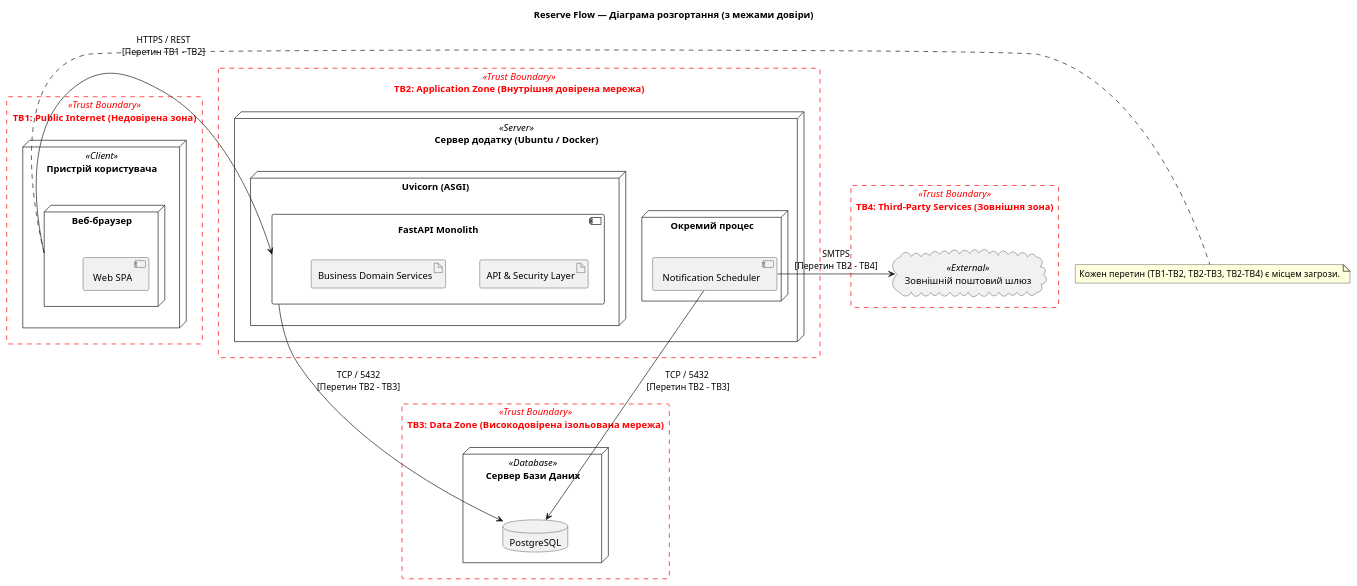
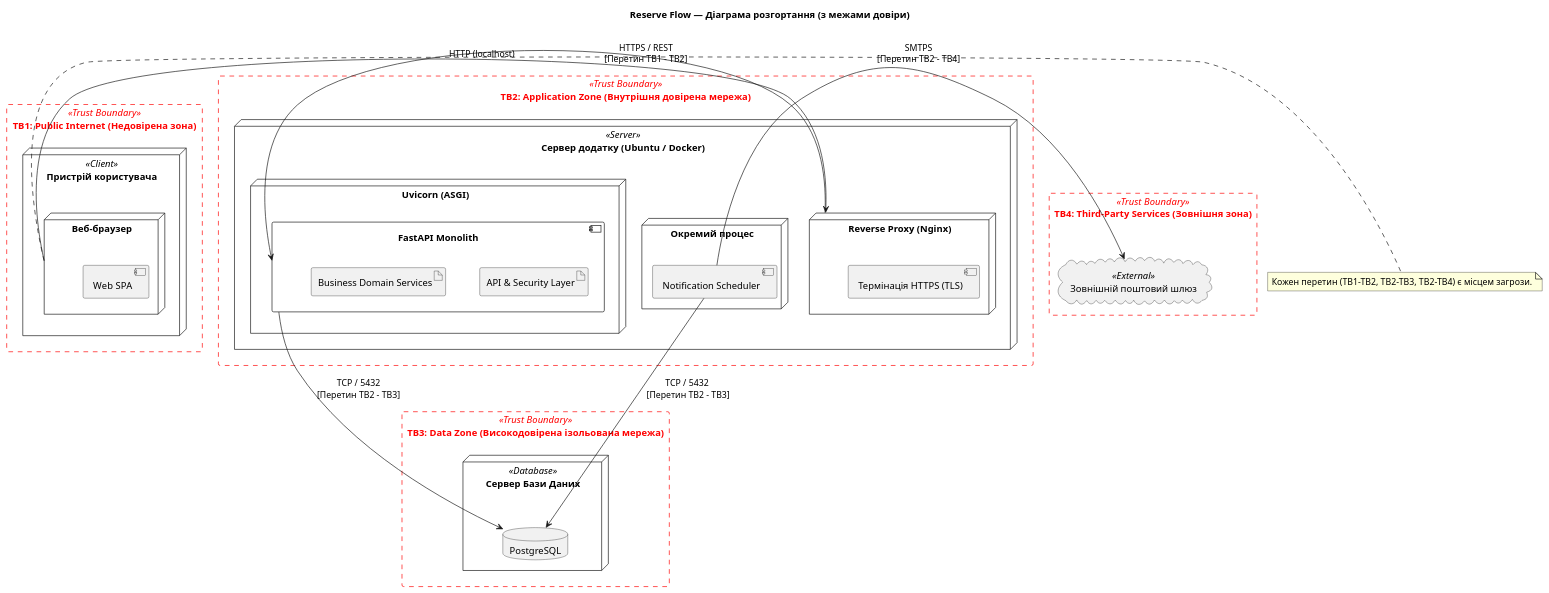
The diagram in docs/architecture/uml/deployment.puml (ukma-fin-ssdm-2026/reserve-flow), drawn with PlantUML before and after one commit. The commit also changed 2 other files, not shown here.

```diff
--- a/docs/architecture/uml/deployment.puml
+++ b/docs/architecture/uml/deployment.puml
@@ -1,60 +1,65 @@
 @startuml
 skinparam componentStyle uml2
 skinparam nodesep 50
 skinparam ranksep 50
 
 ' Налаштування стилю для меж довіри (Trust Boundaries)
 skinparam rectangle<<Trust Boundary>> {
     BorderColor Red
     BorderStyle dashed
     FontColor Red
     BackgroundColor transparent
     Shadowing false
 }
 
 title Reserve Flow — Діаграма розгортання (з межами довіри)
 
 rectangle "TB1: Public Internet (Недовірена зона)" <<Trust Boundary>> {
     node "Пристрій користувача" as ClientNode <<Client>> {
         node "Веб-браузер" as Browser {
             component "Web SPA" as SPA
         }
     }
 }
 
 rectangle "TB2: Application Zone (Внутрішня довірена мережа)" <<Trust Boundary>> {
     node "Сервер додатку (Ubuntu / Docker)" as AppServer <<Server>> {
+        node "Reverse Proxy (Nginx)" as Proxy {
+            component "Термінація HTTPS (TLS)" as TLS
+        }
         node "Uvicorn (ASGI)" {
             component "FastAPI Monolith" as FastAPI {
                 artifact "API & Security Layer"
                 artifact "Business Domain Services"
             }
         }
         node "Окремий процес" {
             component "Notification Scheduler" as Worker
         }
     }
 }
 
 rectangle "TB3: Data Zone (Високодовірена ізольована мережа)" <<Trust Boundary>> {
     node "Сервер Бази Даних" as DBServer <<Database>> {
         database "PostgreSQL" as Postgres
     }
 }
 
 rectangle "TB4: Third-Party Services (Зовнішня зона)" <<Trust Boundary>> {
     cloud "Зовнішній поштовий шлюз" as SMTPServer <<External>>
 }
 
 ' Зв'язки та протоколи
-Browser -right-> FastAPI : HTTPS / REST\n[Перетин TB1 - TB2]
+Browser -right-> Proxy : HTTPS / REST\n[Перетин TB1 - TB2]
+Proxy -right-> FastAPI : HTTP (localhost)
 FastAPI -down-> Postgres : TCP / 5432\n[Перетин TB2 - TB3]
 Worker -up-> Postgres : TCP / 5432 \n[Перетин TB2 - TB3]
 Worker -right-> SMTPServer : SMTPS\n[Перетин TB2 - TB4]
 
 note right of Browser
 Кожен перетин (TB1-TB2, TB2-TB3, TB2-TB4) є місцем загрози.
 end note
 
 ' --- Використання ШІ: Gemini для налаштування стилю для меж довіри. Документ перевірено, відредаговано та затверджено учасниками команди ---
+' --- Reverse proxy (SEC-001) додано за допомогою ШІ Claude. Перевірено і затверджено учасниками команди ---
 @enduml
```
